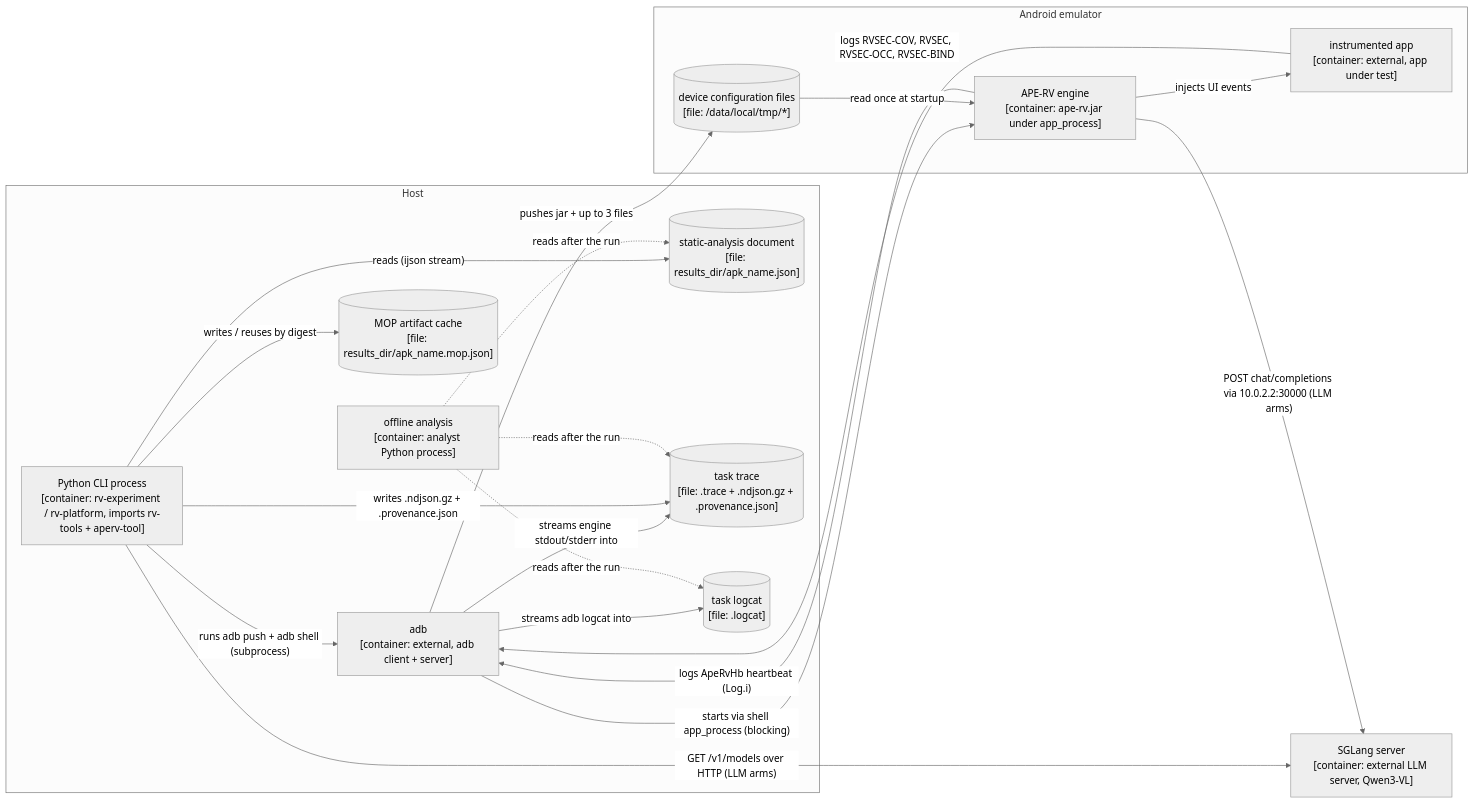
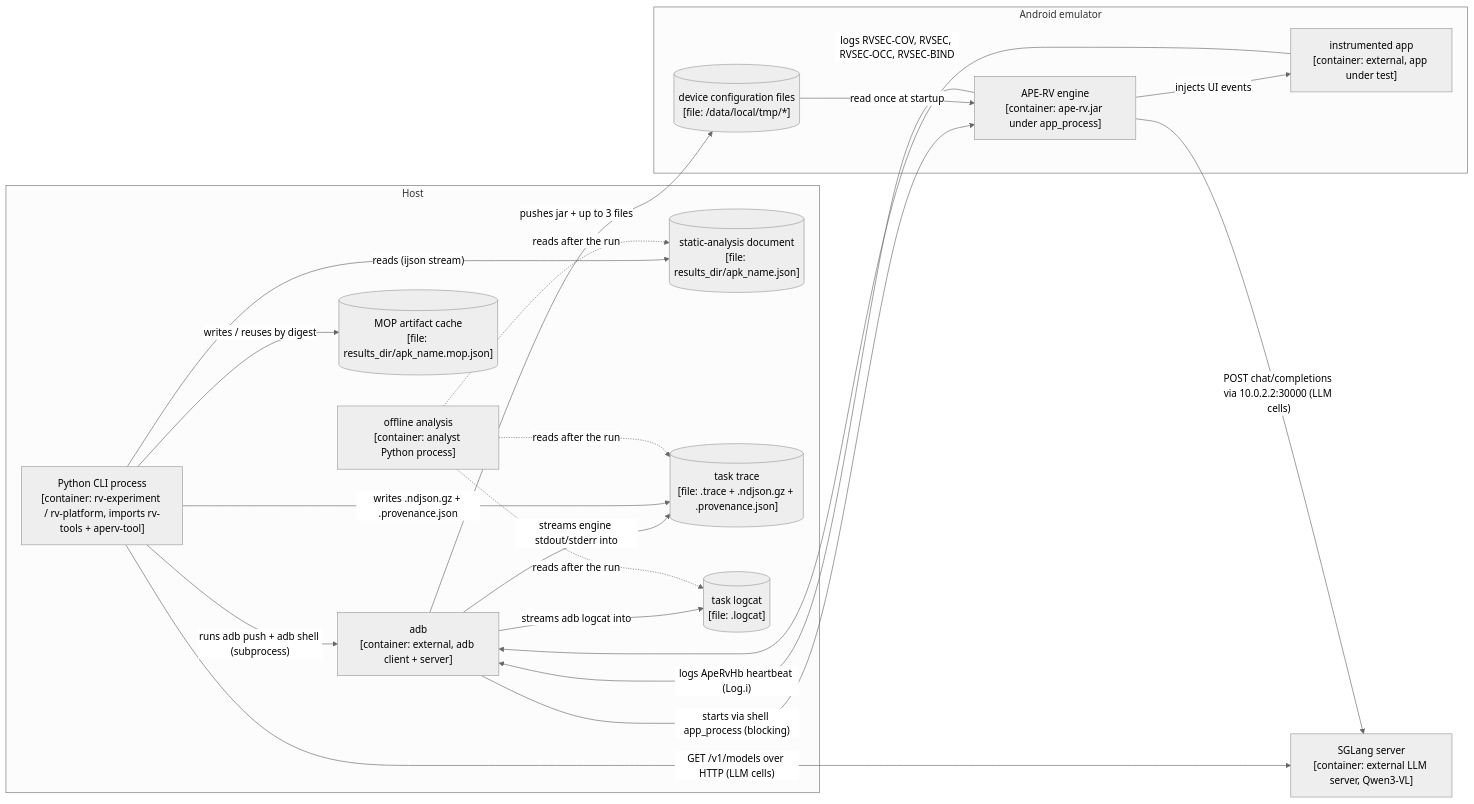
The fourth of 6 diagrams in rv-android/docs/architecture/ape-rv.md (PAMunb/rvsec), drawn with Mermaid before and after one commit. The commit also changed other lines of this file and 9 other files, not shown here.

````diff
--- a/rv-android/docs/architecture/ape-rv.md
+++ b/rv-android/docs/architecture/ape-rv.md
@@ -1030,39 +1108,39 @@
 ```mermaid
 %%{init: {'theme': 'neutral'}}%%
 flowchart LR
     %% Source: modules/aperv-tool/src/aperv_tool/tools/aperv/tool.py, modules/rv-android-core/src/rv_android_core/commands/command.py, modules/rv-android-core/src/rv_android_core/util/android/logcat_manager.py, modules/rv-platform/src/rv_platform/components/logcat.py, modules/aperv-tool/src/aperv_tool/analysis/, ../../ape/src/main/java/com/android/commands/monkey/Monkey.java, ../../ape/src/main/java/com/android/commands/monkey/ape/llm/SglangClient.java, ../../ape/src/main/java/com/android/commands/monkey/ape/telemetry/NdjsonSink.java
     %% Omitted: the producers of the static-analysis document and of the instrumented APK (upstream; see Diagram 1); the socat bridge of the container deployment (see Allocation view)
     subgraph host ["Host"]
         py["Python CLI process<br/>[container: rv-experiment / rv-platform, imports rv-tools + aperv-tool]"]
         adb["adb<br/>[container: external, adb client + server]"]
         sadoc[("static-analysis document<br/>[file: results_dir/apk_name.json]")]
         mopjson[("MOP artifact cache<br/>[file: results_dir/apk_name.mop.json]")]
         tracefile[("task trace<br/>[file: .trace + .ndjson.gz + .provenance.json]")]
         logcatfile[("task logcat<br/>[file: .logcat]")]
         readers["offline analysis<br/>[container: analyst Python process]"]
     end
     sglang2["SGLang server<br/>[container: external LLM server, Qwen3-VL]"]
     subgraph device ["Android emulator"]
         cfgfiles[("device configuration files<br/>[file: /data/local/tmp/*]")]
         engine["APE-RV engine<br/>[container: ape-rv.jar under app_process]"]
         app["instrumented app<br/>[container: external, app under test]"]
     end
 
     py -->|"reads (ijson stream)"| sadoc
     py -->|"writes / reuses by digest"| mopjson
     py -->|"runs adb push + adb shell (subprocess)"| adb
-    py -->|"GET /v1/models over HTTP (LLM arms)"| sglang2
+    py -->|"GET /v1/models over HTTP (LLM cells)"| sglang2
     adb -->|"pushes jar + up to 3 files"| cfgfiles
     adb -->|"starts via shell app_process (blocking)"| engine
     adb -->|"streams engine stdout/stderr into"| tracefile
     py -->|"writes .ndjson.gz + .provenance.json"| tracefile
     adb -->|"streams adb logcat into"| logcatfile
     cfgfiles -->|"read once at startup"| engine
     engine -->|"injects UI events"| app
-    engine -->|"POST chat/completions via 10.0.2.2:30000 (LLM arms)"| sglang2
+    engine -->|"POST chat/completions via 10.0.2.2:30000 (LLM cells)"| sglang2
     engine -->|"logs ApeRvHb heartbeat (Log.i)"| adb
     app -->|"logs RVSEC-COV, RVSEC, RVSEC-OCC, RVSEC-BIND"| adb
     readers -.->|"reads after the run"| tracefile
     readers -.->|"reads after the run"| logcatfile
     readers -.->|"reads after the run"| sadoc
 ```
````
